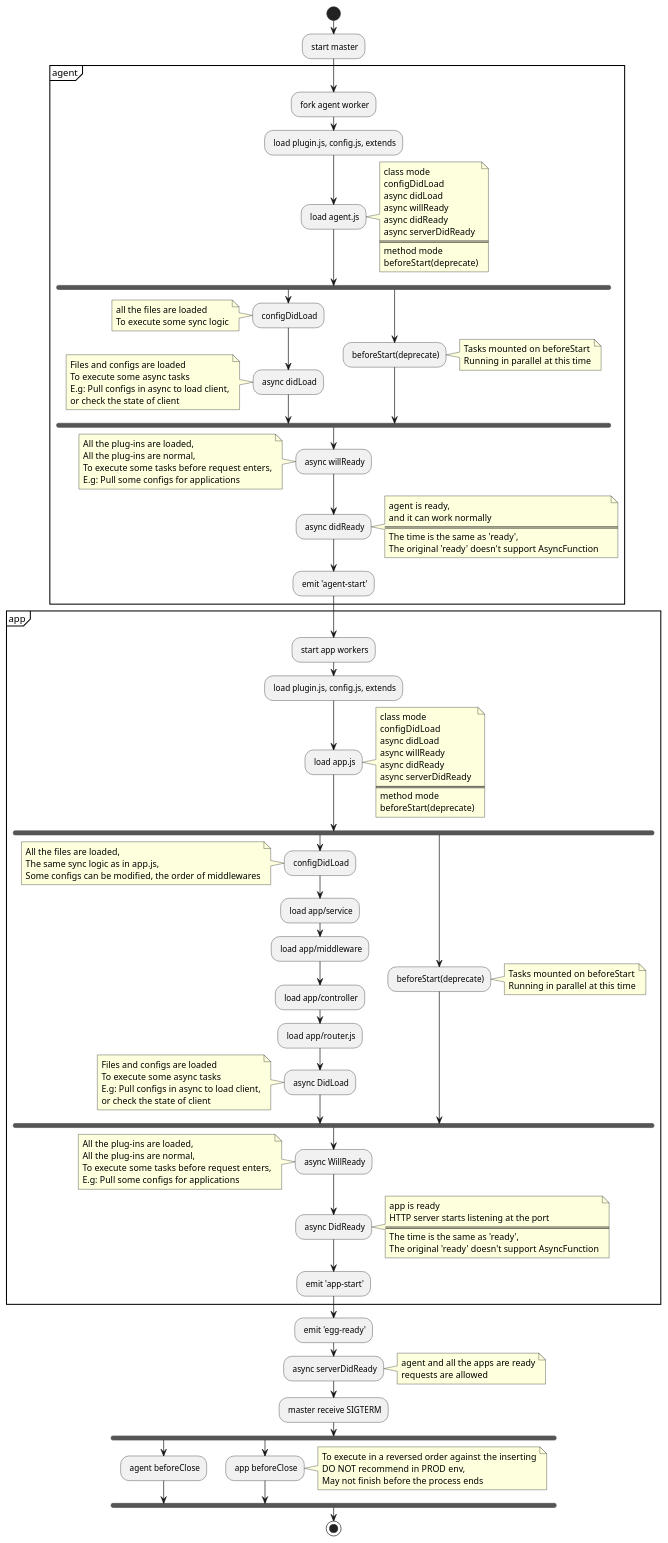
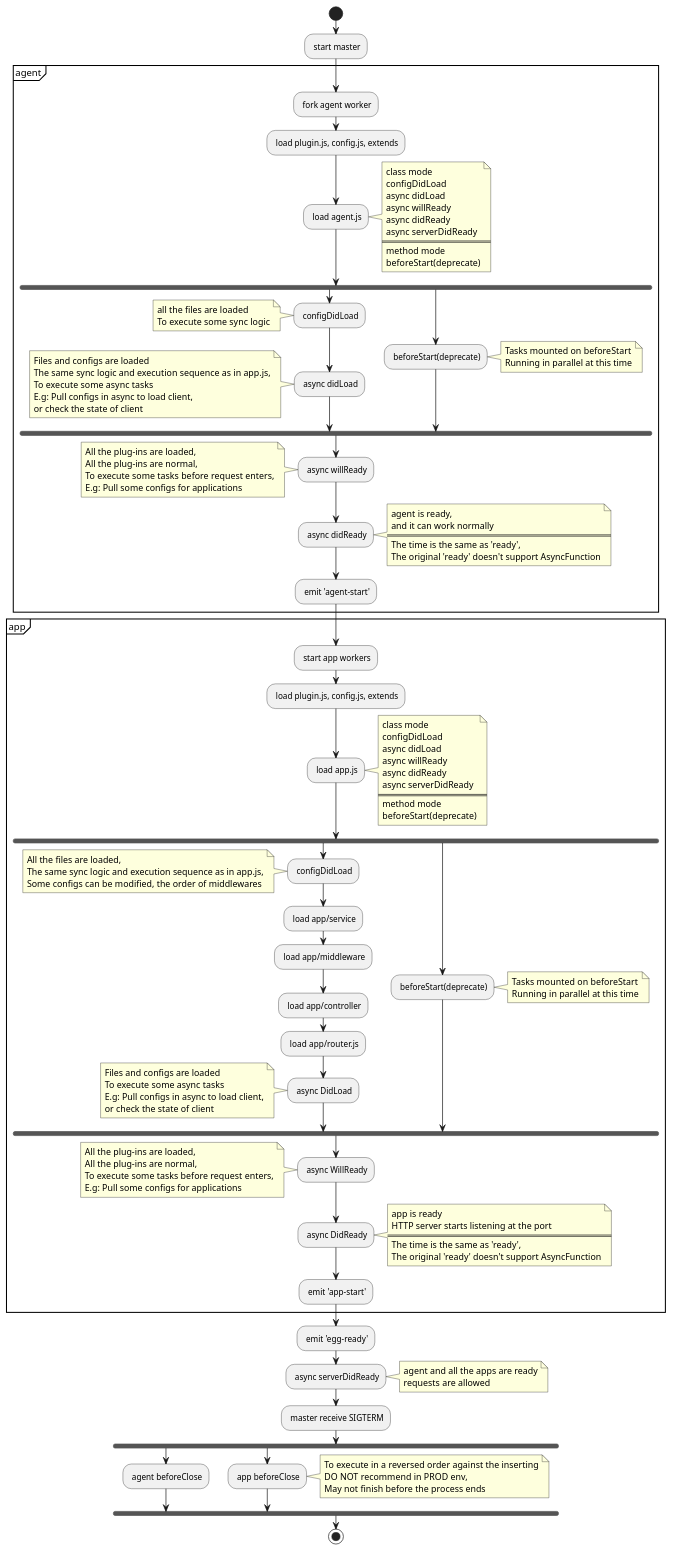
The diagram in docs/assets/lifecycle_en.puml (eggjs/egg), drawn with PlantUML before and after one commit. The commit also changed 7 other files, not shown here.

```diff
--- a/docs/assets/lifecycle_en.puml
+++ b/docs/assets/lifecycle_en.puml
@@ -1,131 +1,132 @@
 @startuml
 start
 : start master;
 partition agent {
   : fork agent worker;
   : load plugin.js, config.js, extends;
   : load agent.js;
   note right
     class mode
     configDidLoad
     async didLoad
     async willReady
     async didReady
     async serverDidReady
     ====
     method mode
     beforeStart(deprecate)
-  end note  
+  end note
   fork
   : configDidLoad;
   note left
     all the files are loaded
     To execute some sync logic
   end note
   : async didLoad;
   note left
     Files and configs are loaded
+    The same sync logic and execution sequence as in app.js,
     To execute some async tasks
     E.g: Pull configs in async to load client,
     or check the state of client
   end note
   fork again
     : beforeStart(deprecate);
     note right
       Tasks mounted on beforeStart
       Running in parallel at this time
-    end note  
+    end note
   endfork
   : async willReady;
   note left
     All the plug-ins are loaded,
     All the plug-ins are normal,
     To execute some tasks before request enters,
     E.g: Pull some configs for applications
   end note
   : async didReady;
   note right
     agent is ready,
     and it can work normally
     ====
     The time is the same as 'ready',
-    The original 'ready' doesn't support AsyncFunction    
+    The original 'ready' doesn't support AsyncFunction
   end note
   : emit 'agent-start';
 }
 partition app {
   : start app workers;
   : load plugin.js, config.js, extends;
   : load app.js;
   note right
     class mode
     configDidLoad
     async didLoad
     async willReady
     async didReady
     async serverDidReady
     ====
     method mode
     beforeStart(deprecate)
   end note
   fork
     : configDidLoad;
     note left
       All the files are loaded,
-      The same sync logic as in app.js,
+      The same sync logic and execution sequence as in app.js,
       Some configs can be modified, the order of middlewares
     end note
     : load app/service;
     : load app/middleware;
     : load app/controller;
     : load app/router.js;
     : async DidLoad;
   note left
     Files and configs are loaded
     To execute some async tasks
     E.g: Pull configs in async to load client,
     or check the state of client
   end note
   fork again
     : beforeStart(deprecate);
     note right
       Tasks mounted on beforeStart
       Running in parallel at this time
     end note
   end fork
     : async WillReady;
   note left
     All the plug-ins are loaded,
     All the plug-ins are normal,
     To execute some tasks before request enters,
     E.g: Pull some configs for applications
   end note
   : async DidReady;
   note right
     app is ready
     HTTP server starts listening at the port
     ====
     The time is the same as 'ready',
     The original 'ready' doesn't support AsyncFunction
   end note
   : emit 'app-start';
 }
 : emit 'egg-ready';
 : async serverDidReady;
 note right
   agent and all the apps are ready
   requests are allowed
 end note
 : master receive SIGTERM;
 fork
 : agent beforeClose;
 fork again
 : app beforeClose;
 note right
   To execute in a reversed order against the inserting
   DO NOT recommend in PROD env,
   May not finish before the process ends
 end note
 endfork
 stop
 @enduml
```
